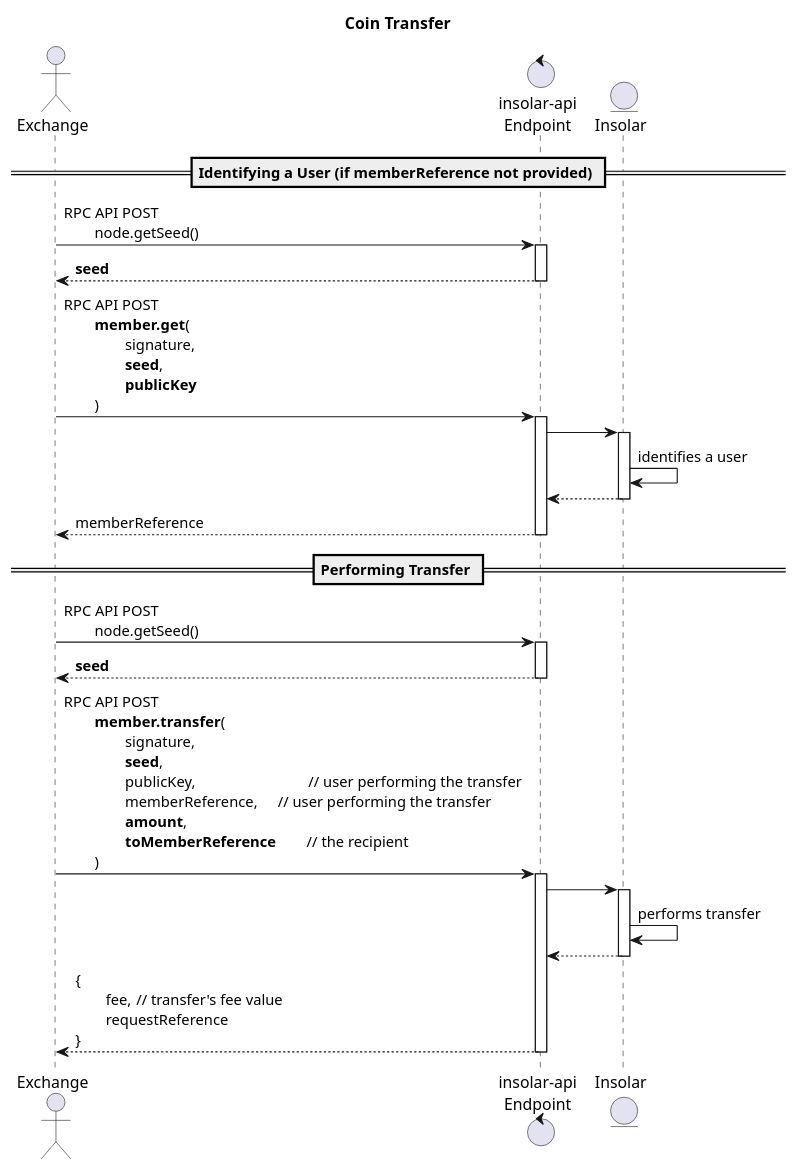
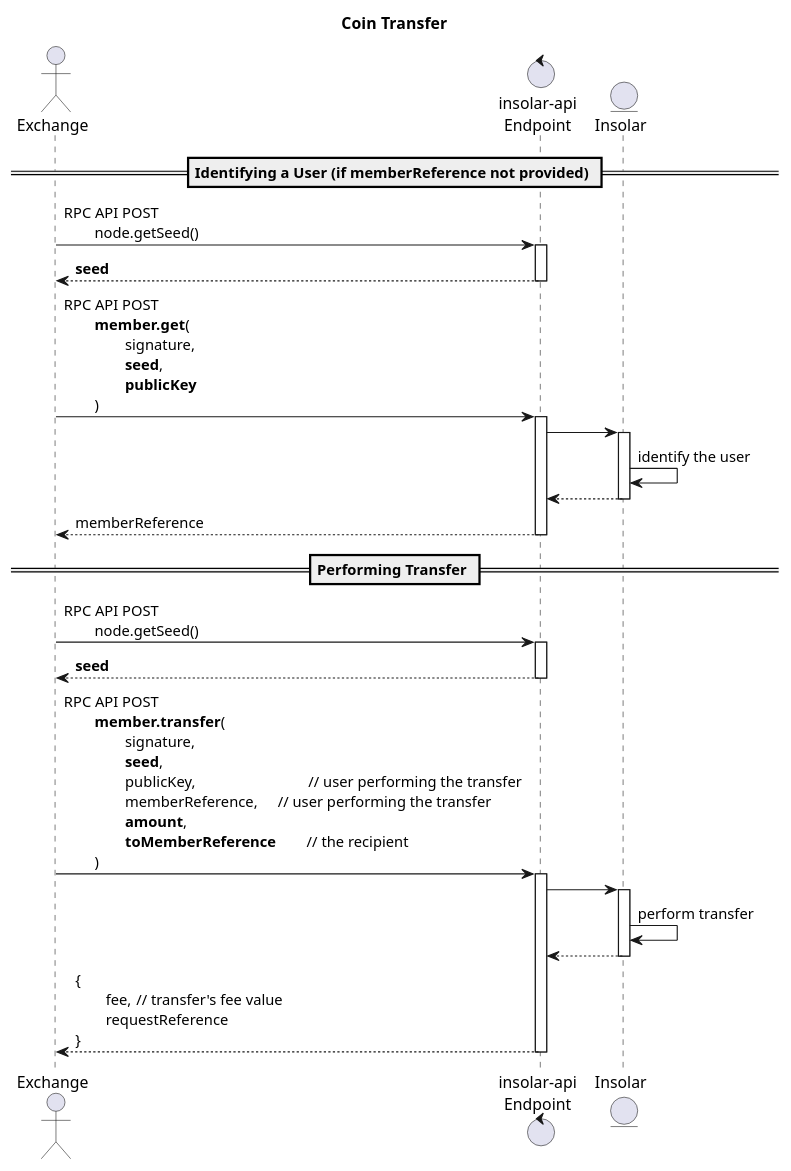
Before and after one commit to insolar/docs: the fourth of 4 diagrams in docs/source/use-cases.rst, drawn with PlantUML. The commit also changed other lines of this file and 20 other files, not shown here.

First line of the commit message:
update graphic files that show Insolar Wallet interface, update text … (#5)

```diff
--- a/docs/source/use-cases.rst
+++ b/docs/source/use-cases.rst
@@ -205,37 +205,37 @@
 .. uml::
 
    @startuml
    skinparam componentStyle uml2
    skinparam shadowing false
 
    title Coin Transfer
 
    actor "Exchange" as E
    control "insolar-api\nEndpoint" as RPC
    entity "Insolar" as Ins
 
    == Identifying a User (if memberReference not provided) ==
    E -> RPC : RPC API POST\n\tnode.getSeed()
    activate RPC
    return <b>seed</b>
    E -> RPC : RPC API POST\n\t<b>member.get</b>(\n\t\tsignature,\n\t\t<b>seed</b>,\n\t\t<b>publicKey</b>\n\t)
    activate RPC
    RPC -> Ins
    activate Ins
-   Ins -> Ins : identifies a user
+   Ins -> Ins : identify the user
    return
    return memberReference
 
    == Performing Transfer ==
    E -> RPC : RPC API POST\n\tnode.getSeed()
    activate RPC
    return <b>seed</b>
    E -> RPC : RPC API POST\n\t<b>member.transfer</b>(\n\t\tsignature,\n\t\t<b>seed</b>,\n\t\tpublicKey,\t\t\t\t// user performing the transfer\n\t\tmemberReference,\t// user performing the transfer\n\t\t<b>amount</b>,\n\t\t<b>toMemberReference</b>\t// the recipient\n\t)
    activate RPC
    RPC -> Ins
    activate Ins
-   Ins -> Ins : performs transfer
+   Ins -> Ins : perform transfer
    return
    return {\n\tfee,\t// transfer's fee value\n\trequestReference\n}
 
    @enduml
```
